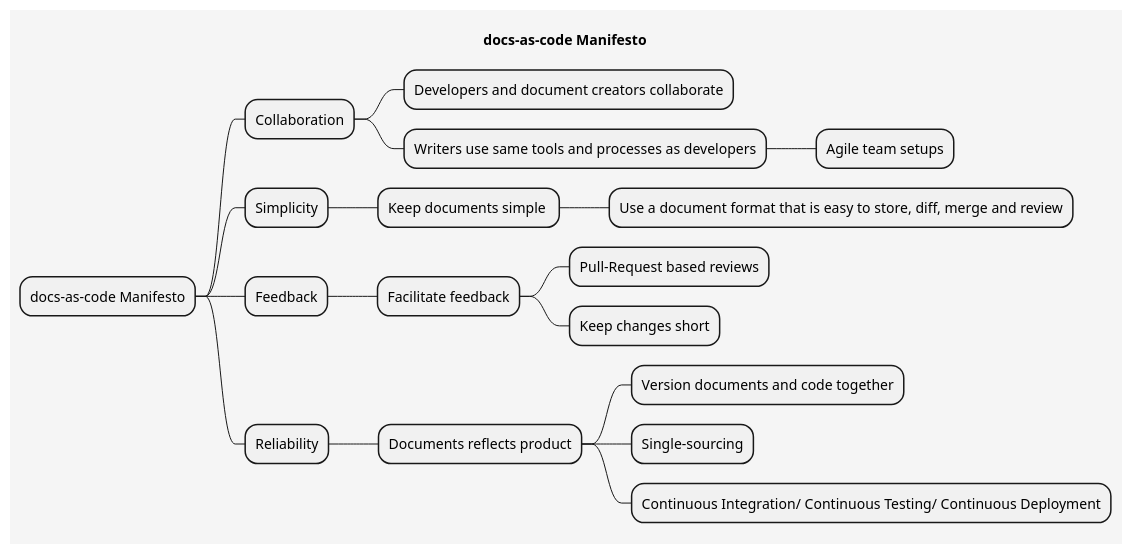
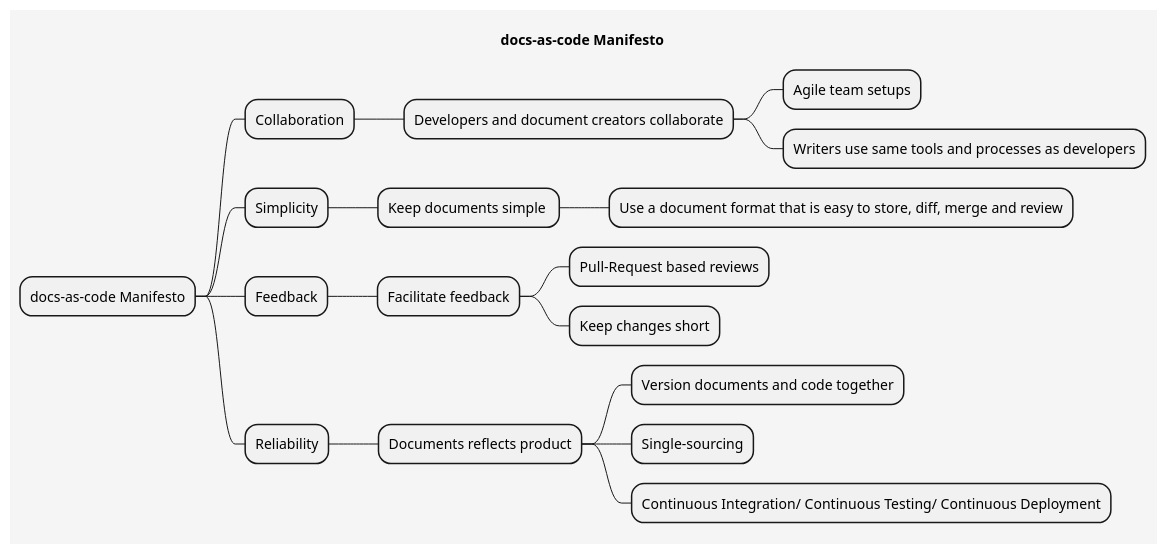
The diagram in MANIFESTO-Mindmap.md (twodrops/docs-as-code-manifesto), drawn with PlantUML before and after one commit.

Commit message:
Small structural change to mindmap

````diff
--- a/MANIFESTO-Mindmap.md
+++ b/MANIFESTO-Mindmap.md
@@ -3,25 +3,25 @@
 ```plantuml
 @startmindmap docs-as-code-manifesto
 title docs-as-code Manifesto
 skinparam backgroundColor whitesmoke
 skinparam handwritten false
 skinparam monochrome true
 * docs-as-code Manifesto
 ** Collaboration
 *** Developers and document creators collaborate
-*** Writers use same tools and processes as developers
 **** Agile team setups
+**** Writers use same tools and processes as developers
 ** Simplicity
 *** Keep documents simple 
 ****  Use a document format that is easy to store, diff, merge and review
 ** Feedback
 *** Facilitate feedback
 **** Pull-Request based reviews
 **** Keep changes short
 ** Reliability
 *** Documents reflects product
 **** Version documents and code together
 **** Single-sourcing
 **** Continuous Integration/ Continuous Testing/ Continuous Deployment
 @endmindmap
 ```
````
